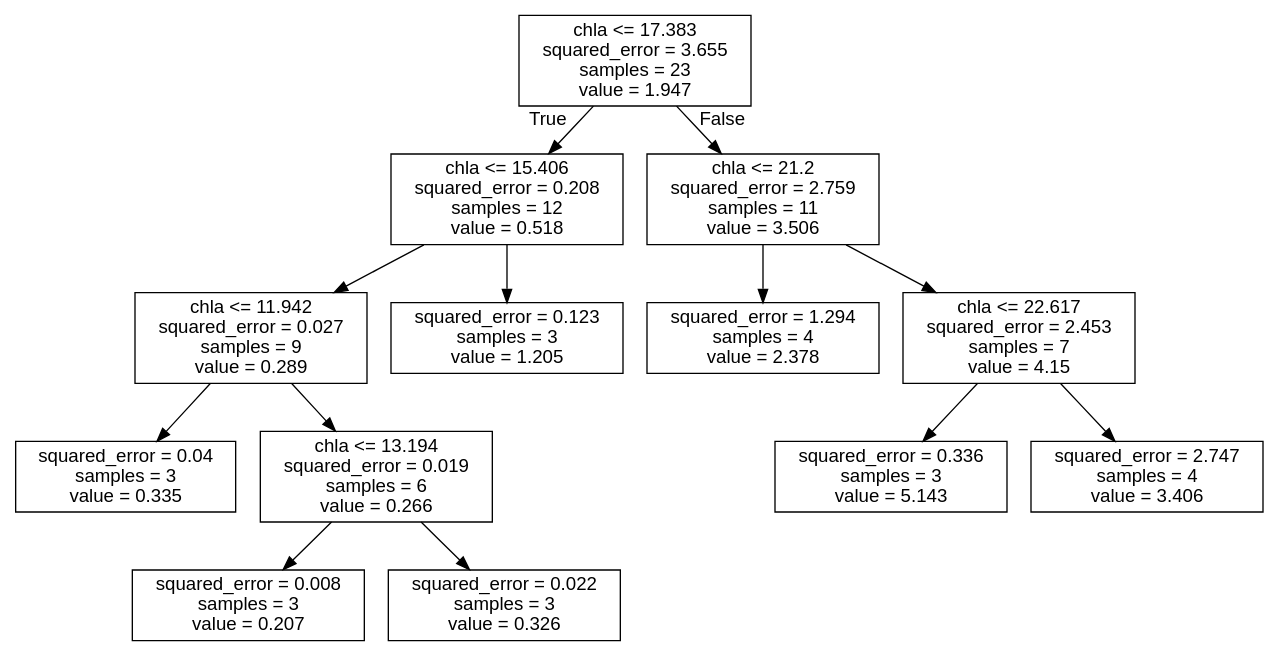
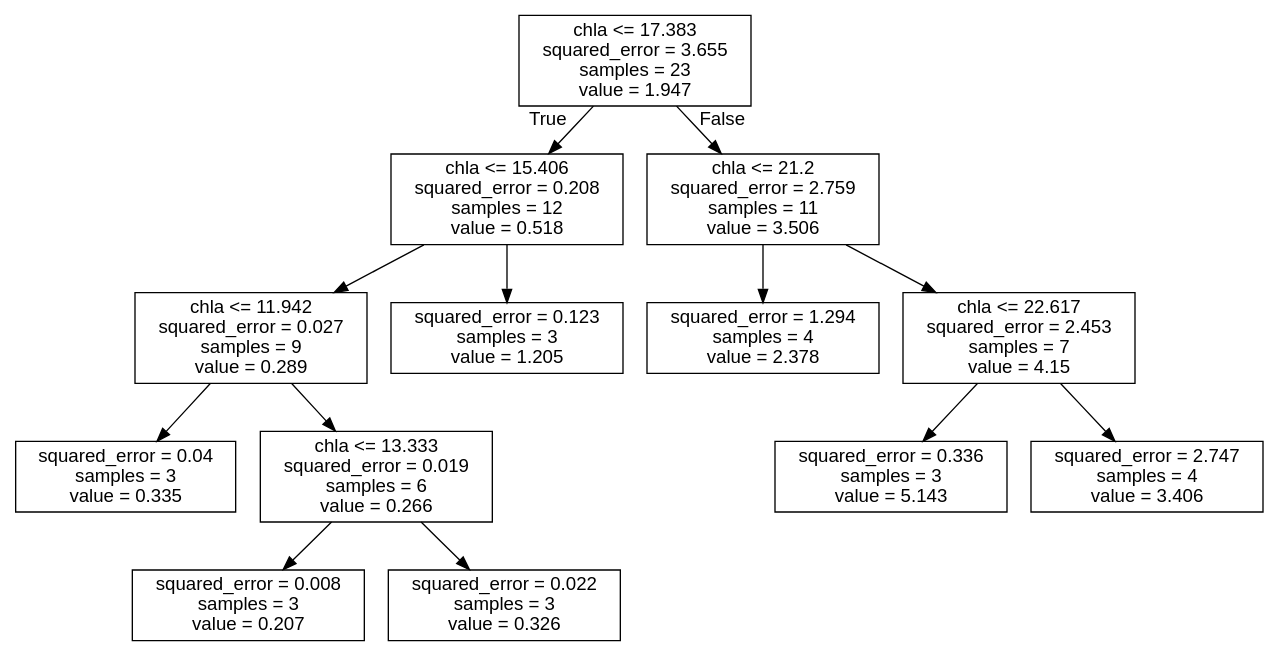
Before and after one commit to LeahJB/gbn-vansjo: the diagram in Figures/Discretization_regTrees/DotFiles/6Mseasons_cyano-chla.dot, drawn with Graphviz. The commit also changed 97 other files, not shown here.

```diff
--- a/Figures/Discretization_regTrees/DotFiles/6Mseasons_cyano-chla.dot
+++ b/Figures/Discretization_regTrees/DotFiles/6Mseasons_cyano-chla.dot
@@ -1,29 +1,29 @@
 digraph Tree {
 node [shape=box, fontname="helvetica"] ;
 edge [fontname="helvetica"] ;
 0 [label="chla <= 17.383\nsquared_error = 3.655\nsamples = 23\nvalue = 1.947"] ;
 1 [label="chla <= 15.406\nsquared_error = 0.208\nsamples = 12\nvalue = 0.518"] ;
 0 -> 1 [labeldistance=2.5, labelangle=45, headlabel="True"] ;
 7 [label="chla <= 11.942\nsquared_error = 0.027\nsamples = 9\nvalue = 0.289"] ;
 1 -> 7 ;
 9 [label="squared_error = 0.04\nsamples = 3\nvalue = 0.335"] ;
 7 -> 9 ;
-10 [label="chla <= 13.194\nsquared_error = 0.019\nsamples = 6\nvalue = 0.266"] ;
+10 [label="chla <= 13.333\nsquared_error = 0.019\nsamples = 6\nvalue = 0.266"] ;
 7 -> 10 ;
 11 [label="squared_error = 0.008\nsamples = 3\nvalue = 0.207"] ;
 10 -> 11 ;
 12 [label="squared_error = 0.022\nsamples = 3\nvalue = 0.326"] ;
 10 -> 12 ;
 8 [label="squared_error = 0.123\nsamples = 3\nvalue = 1.205"] ;
 1 -> 8 ;
 2 [label="chla <= 21.2\nsquared_error = 2.759\nsamples = 11\nvalue = 3.506"] ;
 0 -> 2 [labeldistance=2.5, labelangle=-45, headlabel="False"] ;
 3 [label="squared_error = 1.294\nsamples = 4\nvalue = 2.378"] ;
 2 -> 3 ;
 4 [label="chla <= 22.617\nsquared_error = 2.453\nsamples = 7\nvalue = 4.15"] ;
 2 -> 4 ;
 5 [label="squared_error = 0.336\nsamples = 3\nvalue = 5.143"] ;
 4 -> 5 ;
 6 [label="squared_error = 2.747\nsamples = 4\nvalue = 3.406"] ;
 4 -> 6 ;
 }
```
